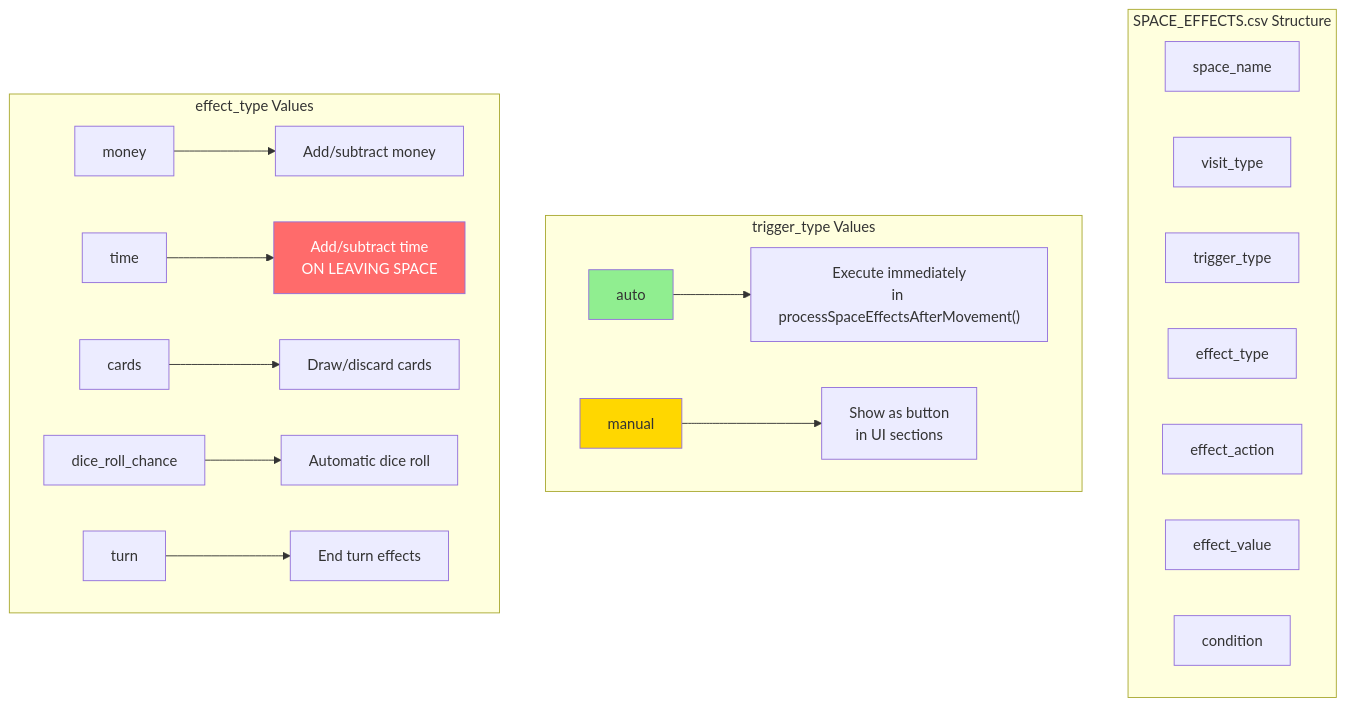
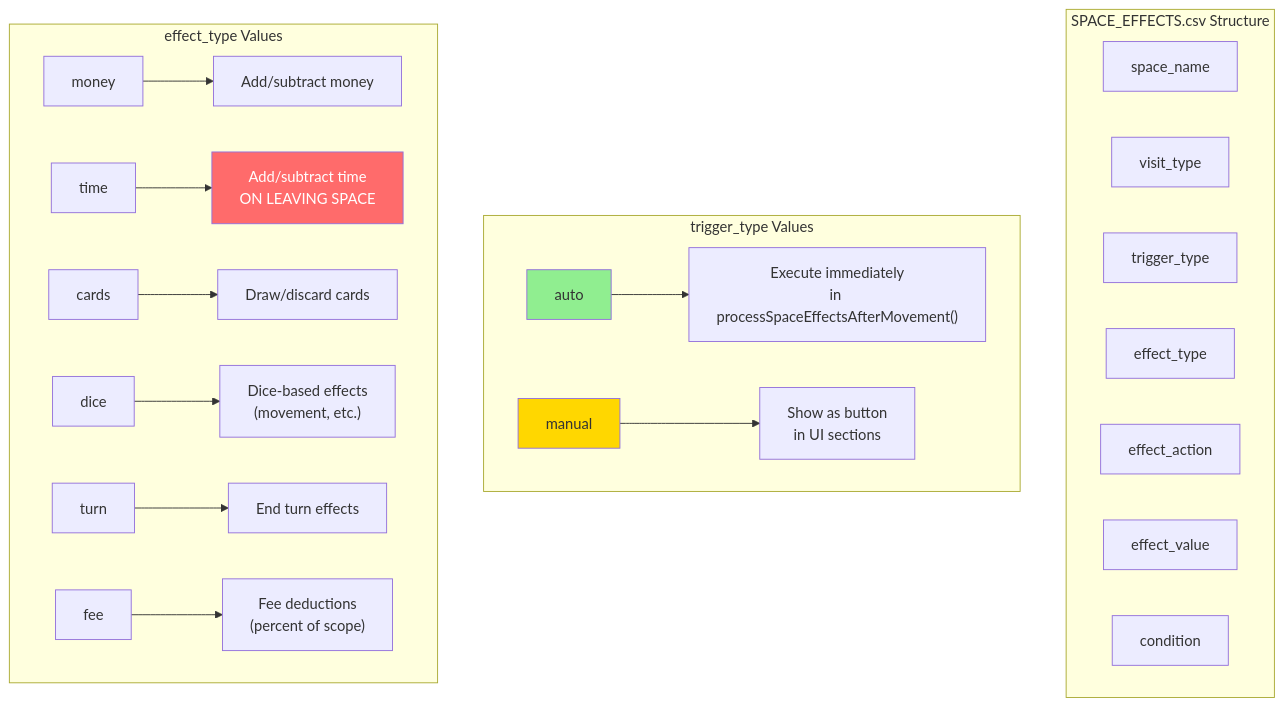
Before and after one commit to tomaszsb/Game_alpha: diagram 12 of 13 in docs/technical/TURN_PROCESSING_FLOW.md, drawn with Mermaid. The commit also changed other lines of this file and 16 other files, not shown here.

````diff
--- a/docs/technical/TURN_PROCESSING_FLOW.md
+++ b/docs/technical/TURN_PROCESSING_FLOW.md
@@ -446,30 +440,31 @@
 ```mermaid
 flowchart TD
     subgraph CSV["SPACE_EFFECTS.csv Structure"]
         direction LR
         C1["space_name"]
         C2["visit_type"]
         C3["trigger_type"]
         C4["effect_type"]
         C5["effect_action"]
         C6["effect_value"]
         C7["condition"]
     end
 
     subgraph TRIGGER["trigger_type Values"]
         T1["auto"] --> T1A["Execute immediately<br/>in processSpaceEffectsAfterMovement()"]
         T2["manual"] --> T2A["Show as button<br/>in UI sections"]
     end
 
     subgraph EFFECT["effect_type Values"]
         E1["money"] --> E1A["Add/subtract money"]
         E2["time"] --> E2A["Add/subtract time<br/>ON LEAVING SPACE"]
         E3["cards"] --> E3A["Draw/discard cards"]
-        E4["dice_roll_chance"] --> E4A["Automatic dice roll"]
+        E4["dice"] --> E4A["Dice-based effects<br/>(movement, etc.)"]
         E5["turn"] --> E5A["End turn effects"]
+        E6["fee"] --> E6A["Fee deductions<br/>(percent of scope)"]
     end
 
     style T1 fill:#90EE90
     style T2 fill:#FFD700
     style E2A fill:#FF6B6B,color:#fff
 ```
````
